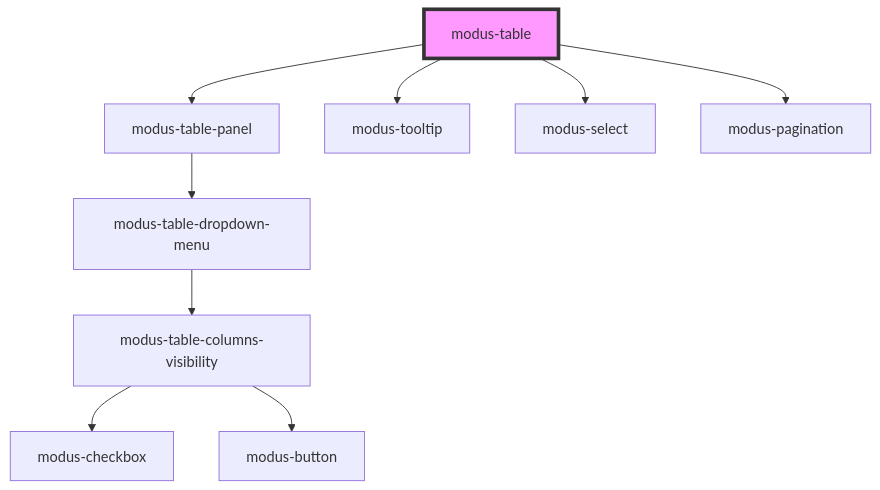
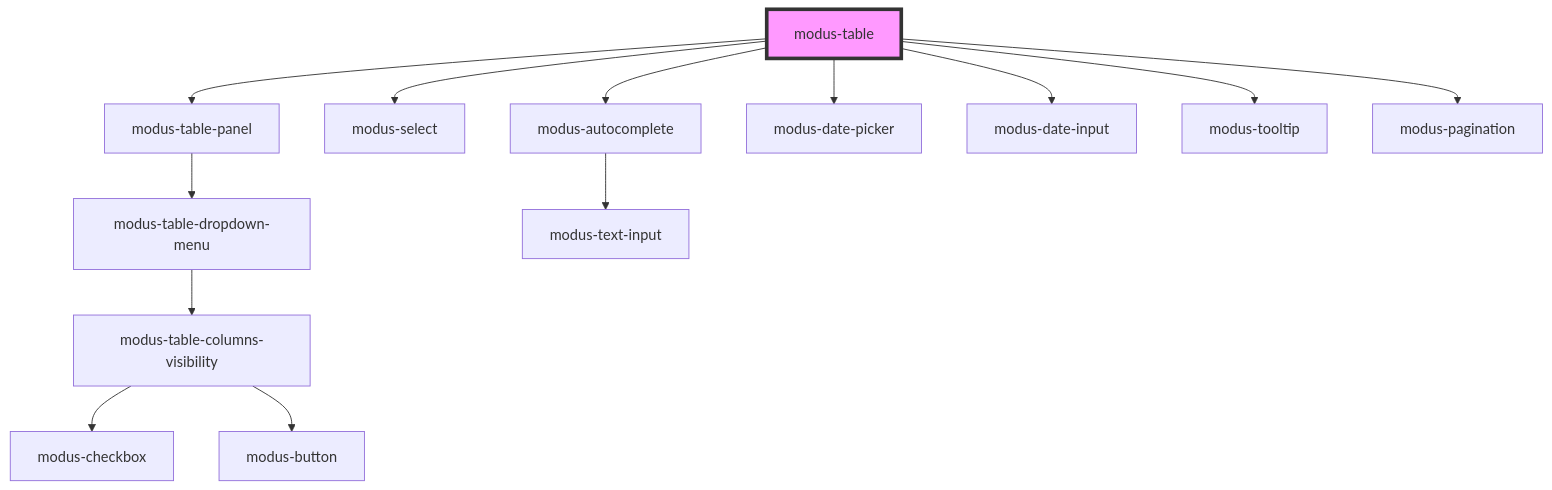
Before and after one commit to trimble-oss/modus-web-components: the diagram in stencil-workspace/src/components/modus-table/readme.md, drawn with Mermaid. The commit also changed other lines of this file and 24 other files, not shown here.

````diff
--- a/stencil-workspace/src/components/modus-table/readme.md
+++ b/stencil-workspace/src/components/modus-table/readme.md
@@ -81,12 +87,16 @@
 ```mermaid
 graph TD;
   modus-table --> modus-table-panel
+  modus-table --> modus-select
+  modus-table --> modus-autocomplete
+  modus-table --> modus-date-picker
+  modus-table --> modus-date-input
   modus-table --> modus-tooltip
-  modus-table --> modus-select
   modus-table --> modus-pagination
   modus-table-panel --> modus-table-dropdown-menu
   modus-table-dropdown-menu --> modus-table-columns-visibility
   modus-table-columns-visibility --> modus-checkbox
   modus-table-columns-visibility --> modus-button
+  modus-autocomplete --> modus-text-input
   style modus-table fill:#f9f,stroke:#333,stroke-width:4px
 ```
````
